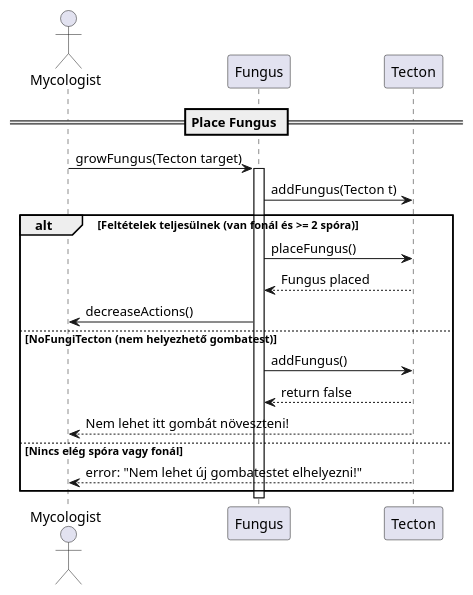
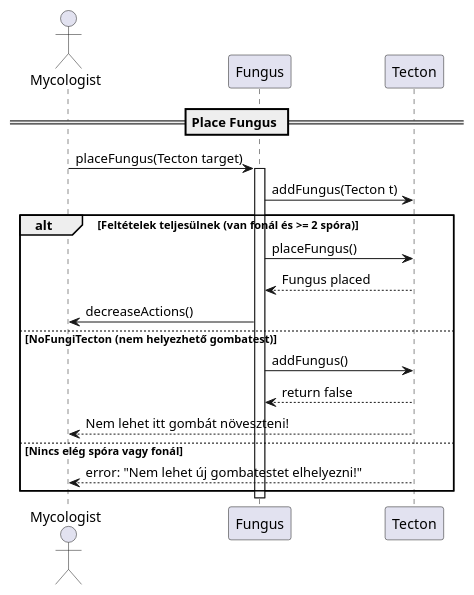
One commit to hujberhunor/SzomiSztegoProjlab changed the diagram in UML/TestSequence/3-place-fungus.puml. Above: the diagram before and after it, drawn with PlantUML. The commit also changed 5 other files, not shown here.

```diff
--- a/UML/TestSequence/3-place-fungus.puml
+++ b/UML/TestSequence/3-place-fungus.puml
@@ -1,28 +1,28 @@
 @startuml
 
 == Place Fungus ==
 
 actor Mycologist
 participant Fungus
 participant Tecton
 
-Mycologist -> Fungus: growFungus(Tecton target)
+Mycologist -> Fungus: placeFungus(Tecton target)
 activate Fungus
 
 Fungus -> Tecton: addFungus(Tecton t)
 
 alt Feltételek teljesülnek (van fonál és >= 2 spóra)
     Fungus -> Tecton: placeFungus()
     Tecton --> Fungus: Fungus placed
     Fungus -> Mycologist: decreaseActions()
 else NoFungiTecton (nem helyezhető gombatest)
     Fungus -> Tecton: addFungus()
     Tecton --> Fungus: return false
     Tecton --> Mycologist: Nem lehet itt gombát növeszteni!
 else Nincs elég spóra vagy fonál
     Tecton --> Mycologist: error: "Nem lehet új gombatestet elhelyezni!"
 end
 
 deactivate Fungus
 
 @enduml
```
